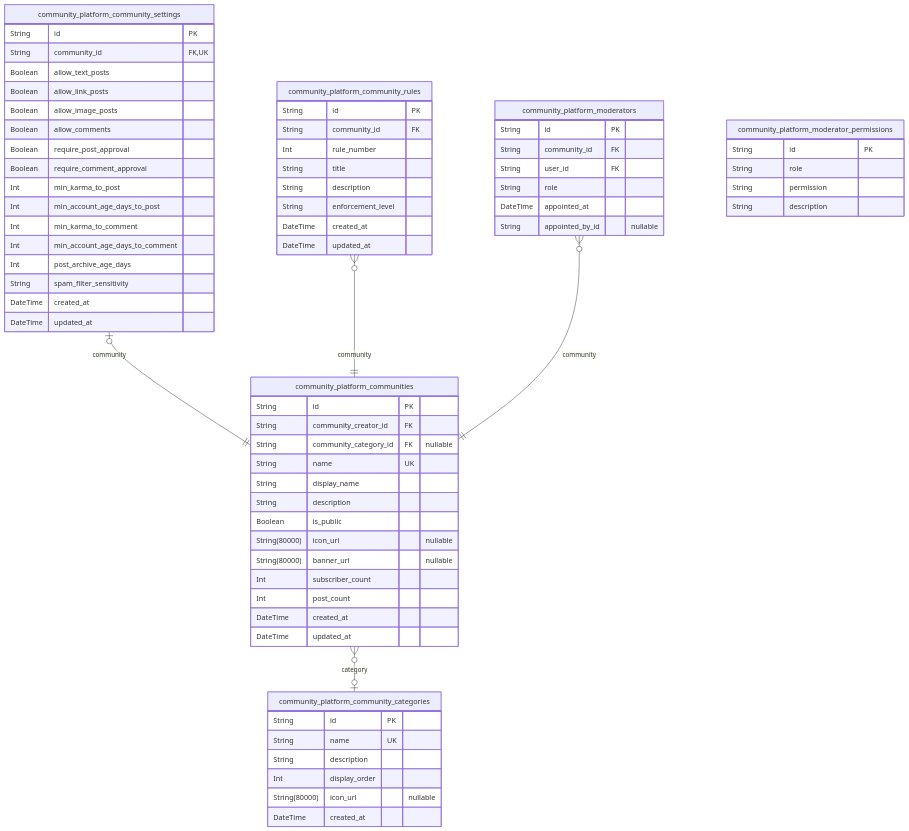
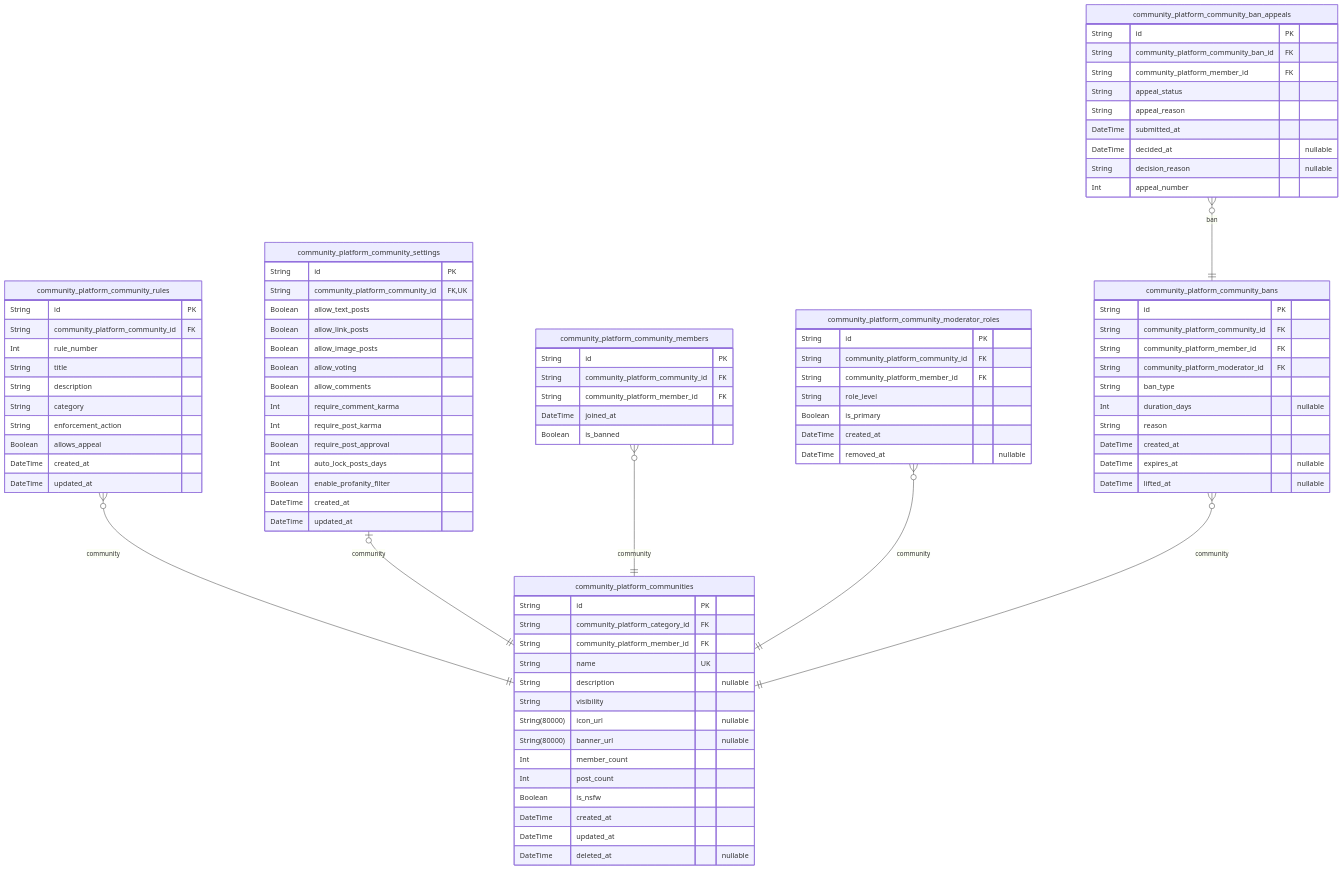
The third of 9 diagrams in anthropic/claude-haiku-4.5/reddit/docs/ERD.md (wrtnlabs/autobe-examples), drawn with Mermaid before and after one commit. The commit also changed other lines of this file and 16146 other files, not shown here.

````diff
--- a/anthropic/claude-haiku-4.5/reddit/docs/ERD.md
+++ b/anthropic/claude-haiku-4.5/reddit/docs/ERD.md
@@ -563,71 +477,91 @@
 erDiagram
 "community_platform_communities" {
   String id PK
-  String community_creator_id FK
-  String community_category_id FK "nullable"
+  String community_platform_category_id FK
+  String community_platform_member_id FK
   String name UK
-  String display_name
-  String description
-  Boolean is_public
+  String description "nullable"
+  String visibility
   String(80000) icon_url "nullable"
   String(80000) banner_url "nullable"
-  Int subscriber_count
+  Int member_count
   Int post_count
+  Boolean is_nsfw
+  DateTime created_at
+  DateTime updated_at
+  DateTime deleted_at "nullable"
+}
+"community_platform_community_rules" {
+  String id PK
+  String community_platform_community_id FK
+  Int rule_number
+  String title
+  String description
+  String category
+  String enforcement_action
+  Boolean allows_appeal
   DateTime created_at
   DateTime updated_at
 }
 "community_platform_community_settings" {
   String id PK
-  String community_id FK,UK
+  String community_platform_community_id FK,UK
   Boolean allow_text_posts
   Boolean allow_link_posts
   Boolean allow_image_posts
+  Boolean allow_voting
   Boolean allow_comments
+  Int require_comment_karma
+  Int require_post_karma
   Boolean require_post_approval
-  Boolean require_comment_approval
-  Int min_karma_to_post
-  Int min_account_age_days_to_post
-  Int min_karma_to_comment
-  Int min_account_age_days_to_comment
-  Int post_archive_age_days
-  String spam_filter_sensitivity
+  Int auto_lock_posts_days
+  Boolean enable_profanity_filter
   DateTime created_at
   DateTime updated_at
 }
-"community_platform_community_rules" {
+"community_platform_community_members" {
   String id PK
-  String community_id FK
-  Int rule_number
-  String title
-  String description
-  String enforcement_level
+  String community_platform_community_id FK
+  String community_platform_member_id FK
+  DateTime joined_at
+  Boolean is_banned
+}
+"community_platform_community_moderator_roles" {
+  String id PK
+  String community_platform_community_id FK
+  String community_platform_member_id FK
+  String role_level
+  Boolean is_primary
   DateTime created_at
-  DateTime updated_at
+  DateTime removed_at "nullable"
 }
-"community_platform_community_categories" {
+"community_platform_community_bans" {
   String id PK
-  String name UK
-  String description
-  Int display_order
-  String(80000) icon_url "nullable"
+  String community_platform_community_id FK
+  String community_platform_member_id FK
+  String community_platform_moderator_id FK
+  String ban_type
+  Int duration_days "nullable"
+  String reason
   DateTime created_at
+  DateTime expires_at "nullable"
+  DateTime lifted_at "nullable"
 }
-"community_platform_moderators" {
+"community_platform_community_ban_appeals" {
   String id PK
-  String community_id FK
-  String user_id FK
-  String role
-  DateTime appointed_at
-  String appointed_by_id "nullable"
+  String community_platform_community_ban_id FK
+  String community_platform_member_id FK
+  String appeal_status
+  String appeal_reason
+  DateTime submitted_at
+  DateTime decided_at "nullable"
+  String decision_reason "nullable"
+  Int appeal_number
 }
-"community_platform_moderator_permissions" {
-  String id PK
-  String role
-  String permission
-  String description
-}
-"community_platform_communities" }o--o| "community_platform_community_categories" : category
+"community_platform_community_rules" }o--|| "community_platform_communities" : community
 "community_platform_community_settings" |o--|| "community_platform_communities" : community
-"community_platform_community_rules" }o--|| "community_platform_communities" : community
-"community_platform_moderators" }o--|| "community_platform_communities" : community
+"community_platform_community_members" }o--|| "community_platform_communities" : community
+"community_platform_community_moderator_roles" }o--|| "community_platform_communities" : community
+"community_platform_community_bans" }o--|| "community_platform_communities" : community
+"community_platform_community_ban_appeals" }o--|| "community_platform_community_bans" : ban
 ```
````
